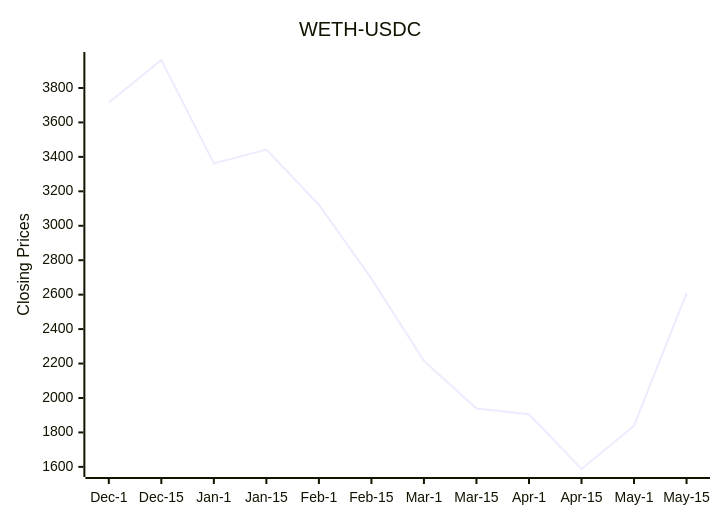
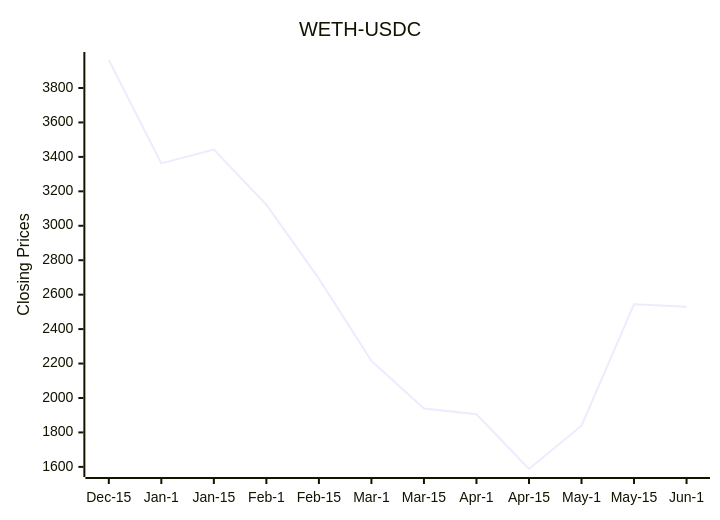
Before and after one commit to bicced/ReadmeCryptoPriceChart: the diagram in README.md, drawn with Mermaid.

Commit message:
Update README with latest DEX data

````diff
--- a/README.md
+++ b/README.md
@@ -6,7 +6,7 @@
 ```mermaid
 xychart-beta
   title "WETH-USDC"
-  x-axis [Dec-1,Dec-15,Jan-1,Jan-15,Feb-1,Feb-15,Mar-1,Mar-15,Apr-1,Apr-15,May-1,May-15]
+  x-axis [Dec-15,Jan-1,Jan-15,Feb-1,Feb-15,Mar-1,Mar-15,Apr-1,Apr-15,May-1,May-15,Jun-1]
   y-axis "Closing Prices" 1587.66 --> 3962.56899349177
-  line [3715.59825684283,3962.56899349177,3362.281527969,3442.60666821535,3122.15,2693.01,2215.45,1939.29,1905.62,1587.66,1839.06,2608.51]
+  line [3962.56899349177,3362.281527969,3442.60666821535,3122.15,2693.01,2215.45,1939.29,1905.62,1587.66,1839.06,2544.38,2530.44]
 ```
````
